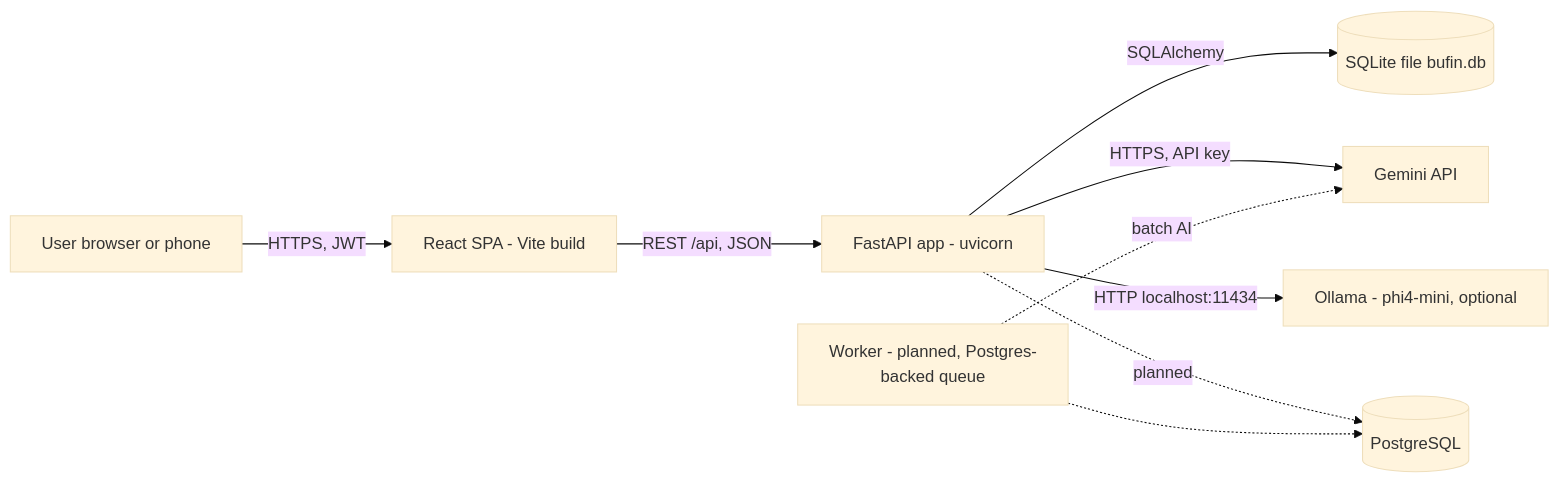
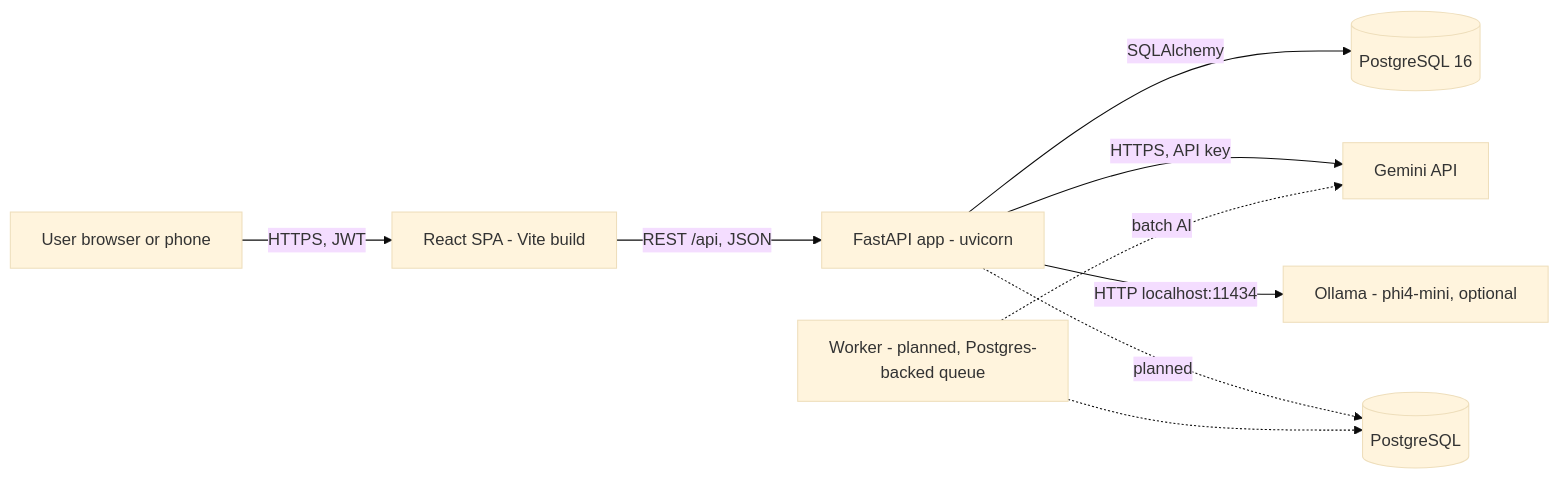
One commit to anubhab-m02/BuFin changed the first of 4 diagrams in docs/architecture/HLD.md. Above: the diagram before and after it, drawn with Mermaid (base theme). The commit also changed 4 other files, not shown here.

````diff
--- a/docs/architecture/HLD.md
+++ b/docs/architecture/HLD.md
@@ -13,11 +13,11 @@
 ```mermaid
 flowchart LR
     U[User browser or phone] -->|HTTPS, JWT| SPA[React SPA - Vite build]
     SPA -->|REST /api, JSON| API[FastAPI app - uvicorn]
-    API -->|SQLAlchemy| DB[(SQLite file bufin.db)]
+    API -->|SQLAlchemy| DB[(PostgreSQL 16)]
     API -->|HTTPS, API key| GEM[Gemini API]
     API -->|HTTP localhost:11434| OLL[Ollama - phi4-mini, optional]
     API -.->|planned| PG[(PostgreSQL)]
     WRK[Worker - planned, Postgres-backed queue] -.-> PG
     WRK -.->|batch AI| GEM
 ```
````
